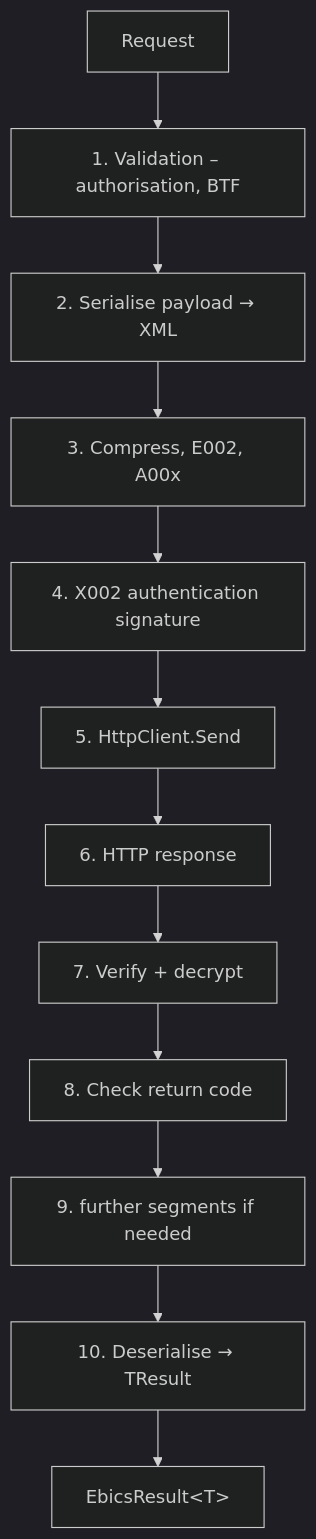
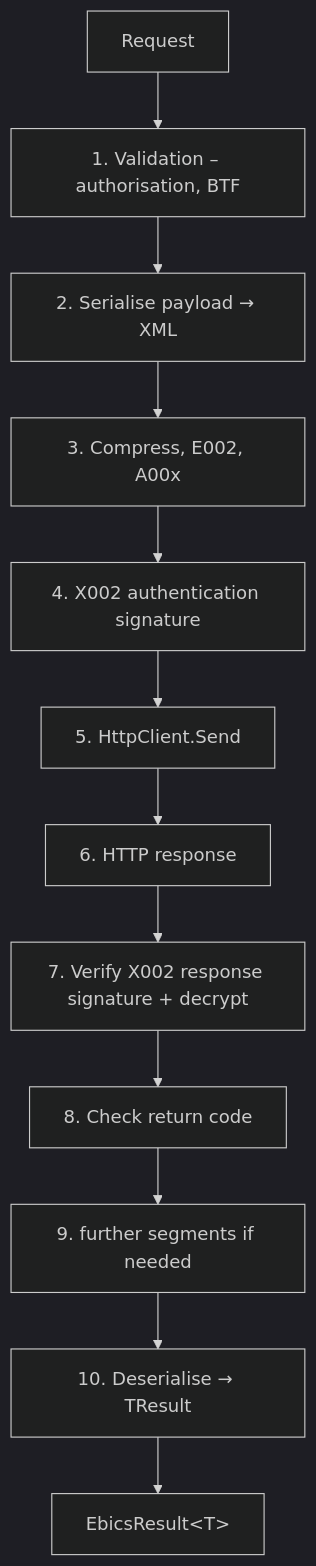
Before and after one commit to dominikz98/ebico: the second of 5 diagrams in docs/connector/architecture.md, drawn with Mermaid (dark theme). The commit also changed other lines of this file and 37 other files, not shown here.

````diff
--- a/docs/connector/architecture.md
+++ b/docs/connector/architecture.md
@@ -70,14 +70,14 @@
 ```mermaid
 flowchart TD
     R[Request] --> S1[1. Validation – authorisation, BTF]
     S1 --> S2[2. Serialise payload → XML]
     S2 --> S3[3. Compress, E002, A00x]
     S3 --> S4[4. X002 authentication signature]
     S4 --> S5[5. HttpClient.Send]
     S5 --> S6[6. HTTP response]
-    S6 --> S7[7. Verify + decrypt]
+    S6 --> S7["7. Verify X002 response signature + decrypt"]
     S7 --> S8[8. Check return code]
     S8 --> S9[9. further segments if needed]
     S9 --> S10[10. Deserialise → TResult]
     S10 --> Res["EbicsResult&lt;T&gt;"]
 ```
````
